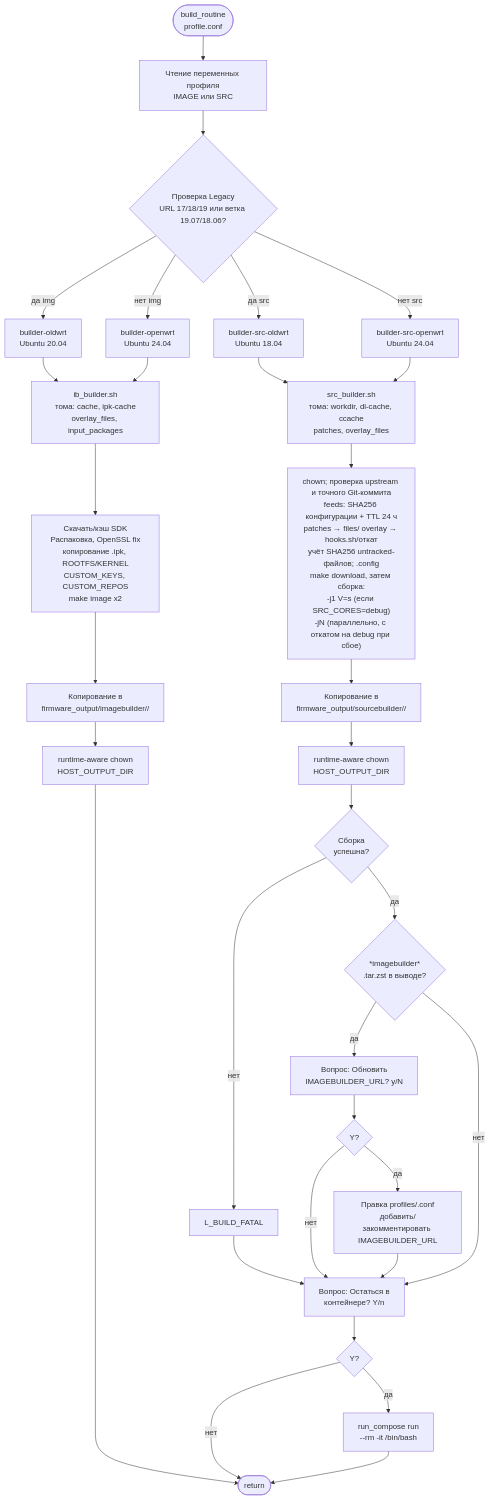
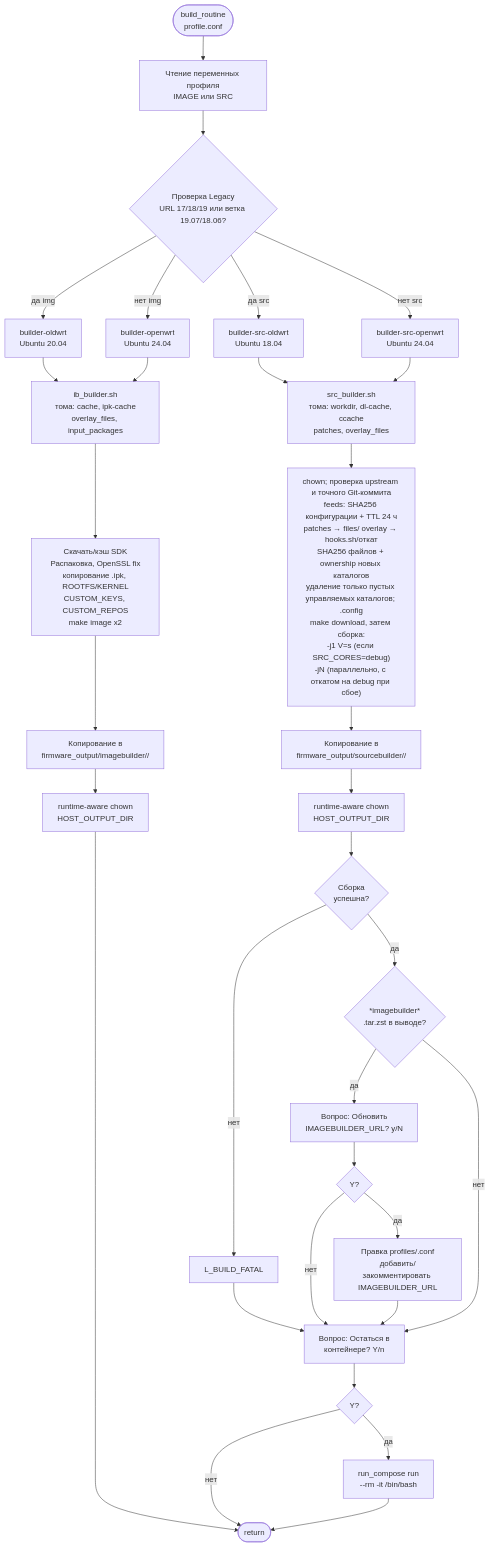
Before and after one commit to iqubik/routerFW: the sixth of 8 diagrams in docs/ARCHITECTURE_diagram_ru.md, drawn with Mermaid. The commit also changed other lines of this file and 7 other files, not shown here.

````diff
--- a/docs/ARCHITECTURE_diagram_ru.md
+++ b/docs/ARCHITECTURE_diagram_ru.md
@@ -222,36 +222,36 @@
 ```mermaid
 flowchart TD
     BR([build_routine\nprofile.conf])
     BR --> READ_PROFILE["Чтение переменных профиля\nIMAGE или SRC"]
     READ_PROFILE --> LEGACY{"Проверка Legacy\nURL 17/18/19 или ветка 19.07/18.06?"}
     LEGACY --> |да img| OLD_IMG["builder-oldwrt\nUbuntu 20.04"]
     LEGACY --> |нет img| NEW_IMG["builder-openwrt\nUbuntu 24.04"]
     LEGACY --> |да src| OLD_SRC["builder-src-oldwrt\nUbuntu 18.04"]
     LEGACY --> |нет src| NEW_SRC["builder-src-openwrt\nUbuntu 24.04"]
 
     OLD_IMG & NEW_IMG --> IB["ib_builder.sh\nтома: cache, ipk-cache\noverlay_files, input_packages"]
     IB --> IB_STEPS["Скачать/кэш SDK\nРаспаковка, OpenSSL fix\nкопирование .ipk, ROOTFS/KERNEL\nCUSTOM_KEYS, CUSTOM_REPOS\nmake image x2"]
     IB_STEPS --> IB_OUT["Копирование в\nfirmware_output/imagebuilder/<id>/<ts>"]
     IB_OUT --> IB_CHOWN["runtime-aware chown\nHOST_OUTPUT_DIR"]
     IB_CHOWN --> BR_END([return])
 
     OLD_SRC & NEW_SRC --> SB["src_builder.sh\nтома: workdir, dl-cache, ccache\npatches, overlay_files"]
     SB --> SB_STEPS["chown; проверка upstream и точного Git-коммита\nfeeds: SHA256 конфигурации + TTL 24 ч\npatches → files/ overlay → hooks.sh/откат
-учёт SHA256 untracked-файлов; .config\nmake download, затем сборка:\n-j1 V=s (если SRC_CORES=debug)\n-jN (параллельно, с откатом на debug при сбое)"]
+SHA256 файлов + ownership новых каталогов\nудаление только пустых управляемых каталогов; .config\nmake download, затем сборка:\n-j1 V=s (если SRC_CORES=debug)\n-jN (параллельно, с откатом на debug при сбое)"]
     SB_STEPS --> SB_OUT["Копирование в\nfirmware_output/sourcebuilder/<id>/<ts>"]
     SB_OUT --> SB_CHOWN["runtime-aware chown\nHOST_OUTPUT_DIR"]
     SB_CHOWN --> SB_OK{"Сборка\nуспешна?"}
     SB_OK --> |нет| SB_FATAL["L_BUILD_FATAL"]
     SB_FATAL --> SB_SHELL_Q2
     SB_OK --> |да| IB_TAR{"*imagebuilder*\n.tar.zst в выводе?"}
     IB_TAR --> |да| SB_Q1["Вопрос: Обновить\nIMAGEBUILDER_URL? y/N"]
     SB_Q1 --> SB_UPDATE{"Y?"}
     SB_UPDATE --> |да| SB_WRITE["Правка profiles/<id>.conf\nдобавить/закомментировать IMAGEBUILDER_URL"]
     SB_UPDATE --> |нет| SB_SHELL_Q2
     SB_WRITE --> SB_SHELL_Q2["Вопрос: Остаться в\nконтейнере? Y/n"]
     IB_TAR --> |нет| SB_SHELL_Q2
     SB_SHELL_Q2 --> SB_STAY{"Y?"}
     SB_STAY --> |да| SB_RUN["run_compose run\n--rm -it /bin/bash"]
     SB_STAY --> |нет| BR_END
     SB_RUN --> BR_END
 ```
````
